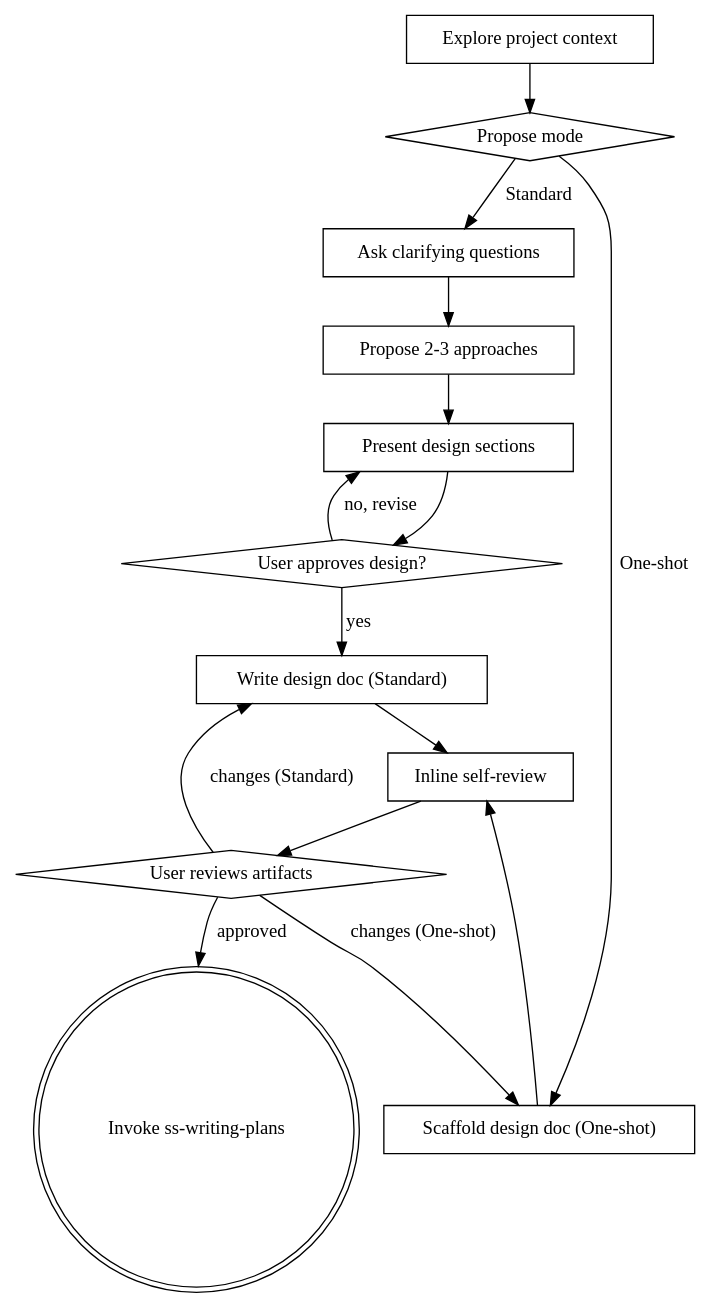
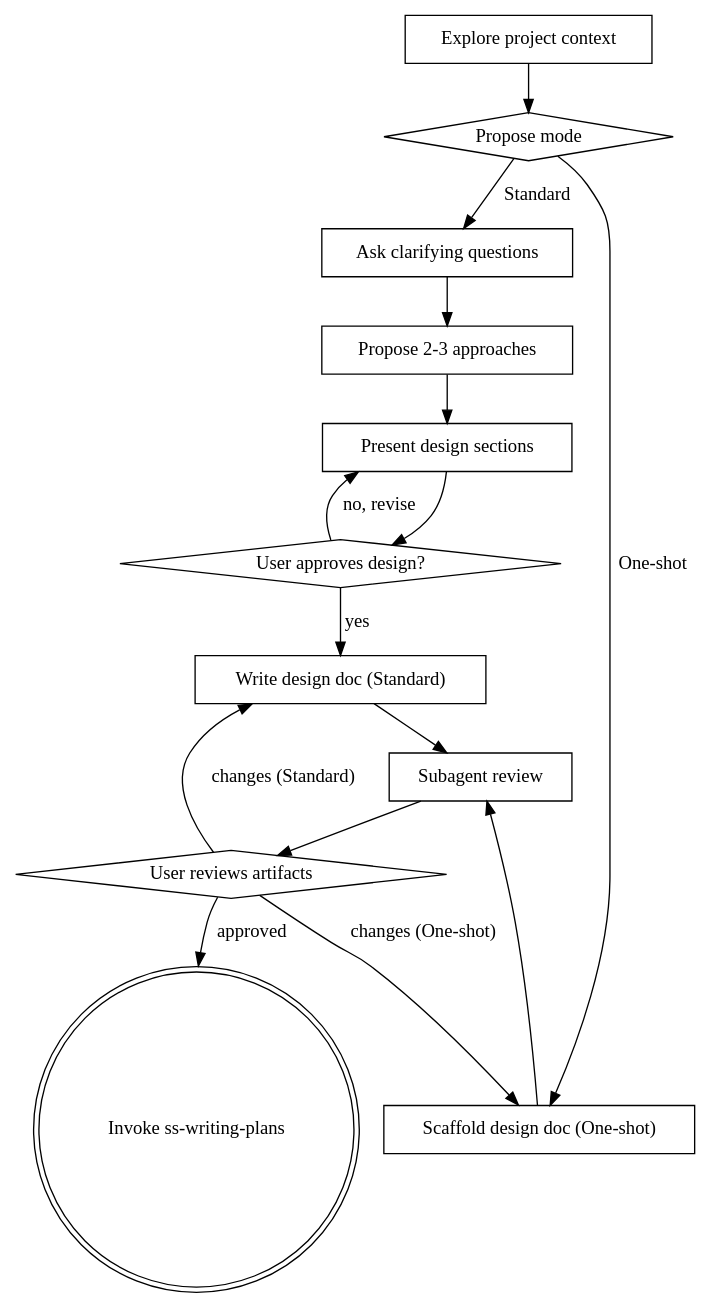
One commit to CoyoteLeo/superspec changed the diagram in skills/ss-brainstorming/SKILL.md. Above: the diagram before and after it, drawn with Graphviz. The commit also changed other lines of this file and 5 other files, not shown here.

First line of the commit message:
feat(reviewer): add subagent review process and reviewer prompt templates

````diff
--- a/skills/ss-brainstorming/SKILL.md
+++ b/skills/ss-brainstorming/SKILL.md
@@ -76,30 +102,30 @@
 ```dot
 digraph brainstorming {
     "Explore project context" [shape=box];
     "Propose mode" [shape=diamond];
     "Ask clarifying questions" [shape=box];
     "Propose 2-3 approaches" [shape=box];
     "Present design sections" [shape=box];
     "User approves design?" [shape=diamond];
     "Write design doc (Standard)" [shape=box];
     "Scaffold design doc (One-shot)" [shape=box];
-    "Inline self-review" [shape=box];
+    "Subagent review" [shape=box];
     "User reviews artifacts" [shape=diamond];
     "Invoke ss-writing-plans" [shape=doublecircle];
 
     "Explore project context" -> "Propose mode";
     "Propose mode" -> "Ask clarifying questions" [label="Standard"];
     "Propose mode" -> "Scaffold design doc (One-shot)" [label="One-shot"];
     "Ask clarifying questions" -> "Propose 2-3 approaches";
     "Propose 2-3 approaches" -> "Present design sections";
     "Present design sections" -> "User approves design?";
     "User approves design?" -> "Present design sections" [label="no, revise"];
     "User approves design?" -> "Write design doc (Standard)" [label="yes"];
-    "Write design doc (Standard)" -> "Inline self-review";
-    "Scaffold design doc (One-shot)" -> "Inline self-review";
-    "Inline self-review" -> "User reviews artifacts";
+    "Write design doc (Standard)" -> "Subagent review";
+    "Scaffold design doc (One-shot)" -> "Subagent review";
+    "Subagent review" -> "User reviews artifacts";
     "User reviews artifacts" -> "Write design doc (Standard)" [label="changes (Standard)"];
     "User reviews artifacts" -> "Scaffold design doc (One-shot)" [label="changes (One-shot)"];
     "User reviews artifacts" -> "Invoke ss-writing-plans" [label="approved"];
 }
 ```
````
